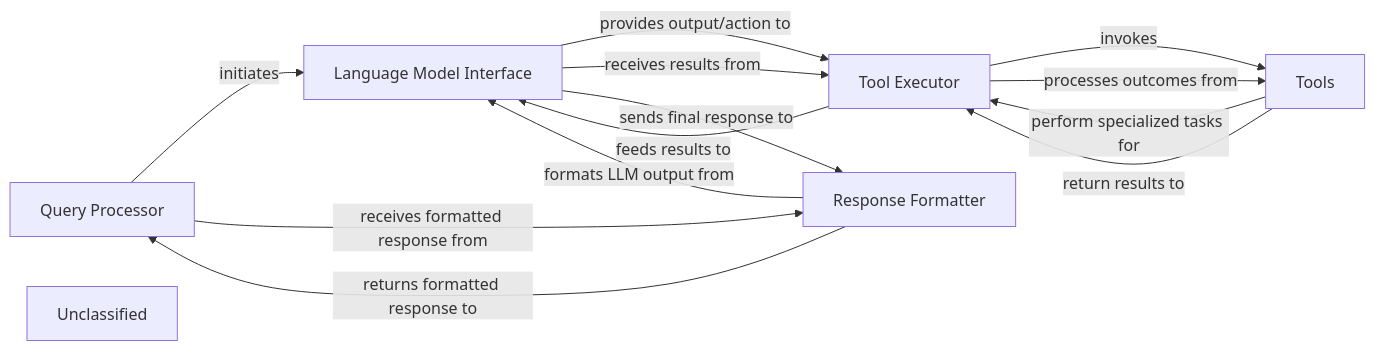
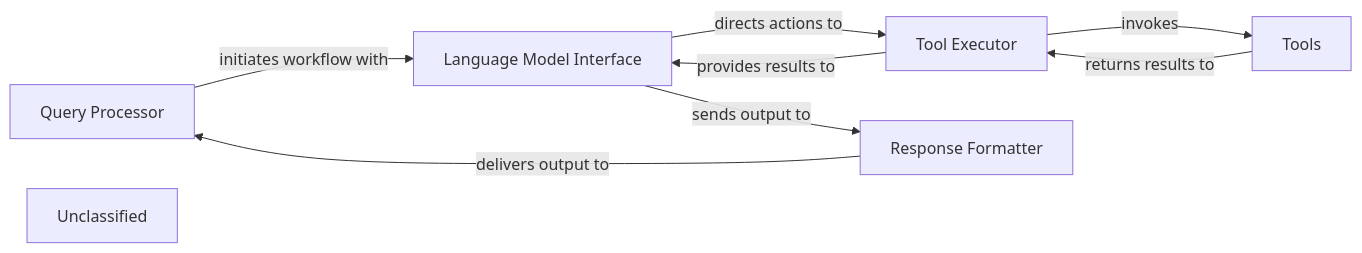
Before and after one commit to CodeBoarding/CodeBoarding: the diagram in .codeboarding/Orchestration_Engine_Agent_Core_.md, drawn with Mermaid. The commit also changed other lines of this file and 17 other files, not shown here.

First line of the commit message:
docs: update codeboarding documentation and generate architecture

````diff
--- a/.codeboarding/Orchestration_Engine_Agent_Core_.md
+++ b/.codeboarding/Orchestration_Engine_Agent_Core_.md
@@ -1,21 +1,16 @@
 ```mermaid
 graph LR
     Query_Processor["Query Processor"]
     Language_Model_Interface["Language Model Interface"]
     Tool_Executor["Tool Executor"]
     Tools["Tools"]
     Response_Formatter["Response Formatter"]
     Unclassified["Unclassified"]
-    Query_Processor -- "initiates" --> Language_Model_Interface
-    Query_Processor -- "receives formatted response from" --> Response_Formatter
-    Language_Model_Interface -- "provides output/action to" --> Tool_Executor
-    Language_Model_Interface -- "receives results from" --> Tool_Executor
-    Language_Model_Interface -- "sends final response to" --> Response_Formatter
+    Query_Processor -- "initiates workflow with" --> Language_Model_Interface
+    Language_Model_Interface -- "directs actions to" --> Tool_Executor
     Tool_Executor -- "invokes" --> Tools
-    Tool_Executor -- "processes outcomes from" --> Tools
-    Tool_Executor -- "feeds results to" --> Language_Model_Interface
-    Tools -- "perform specialized tasks for" --> Tool_Executor
-    Tools -- "return results to" --> Tool_Executor
-    Response_Formatter -- "formats LLM output from" --> Language_Model_Interface
-    Response_Formatter -- "returns formatted response to" --> Query_Processor
+    Tools -- "returns results to" --> Tool_Executor
+    Tool_Executor -- "provides results to" --> Language_Model_Interface
+    Language_Model_Interface -- "sends output to" --> Response_Formatter
+    Response_Formatter -- "delivers output to" --> Query_Processor
 ```
````
